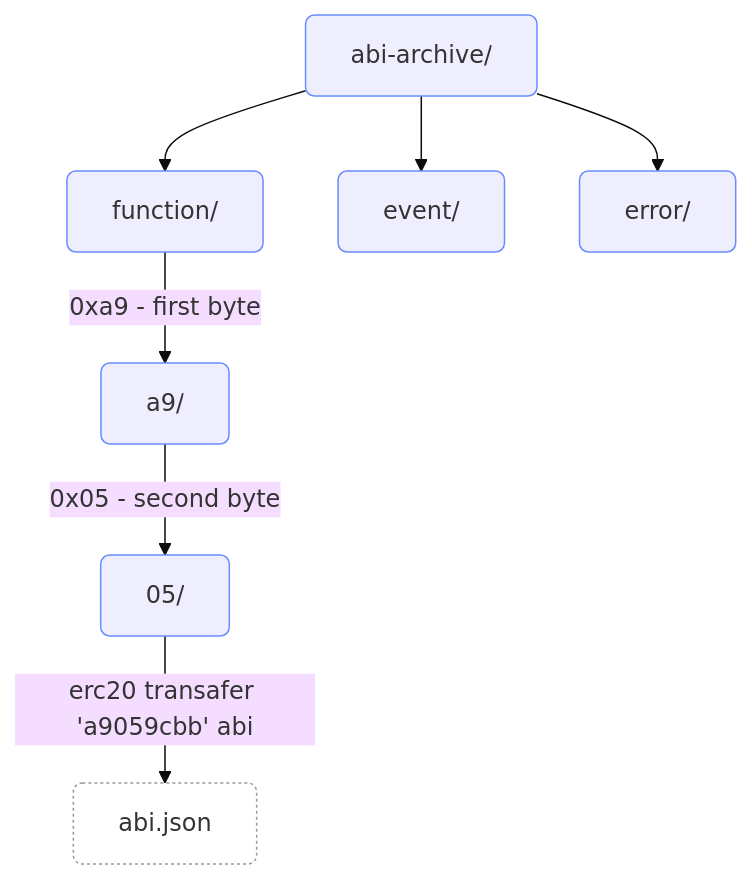
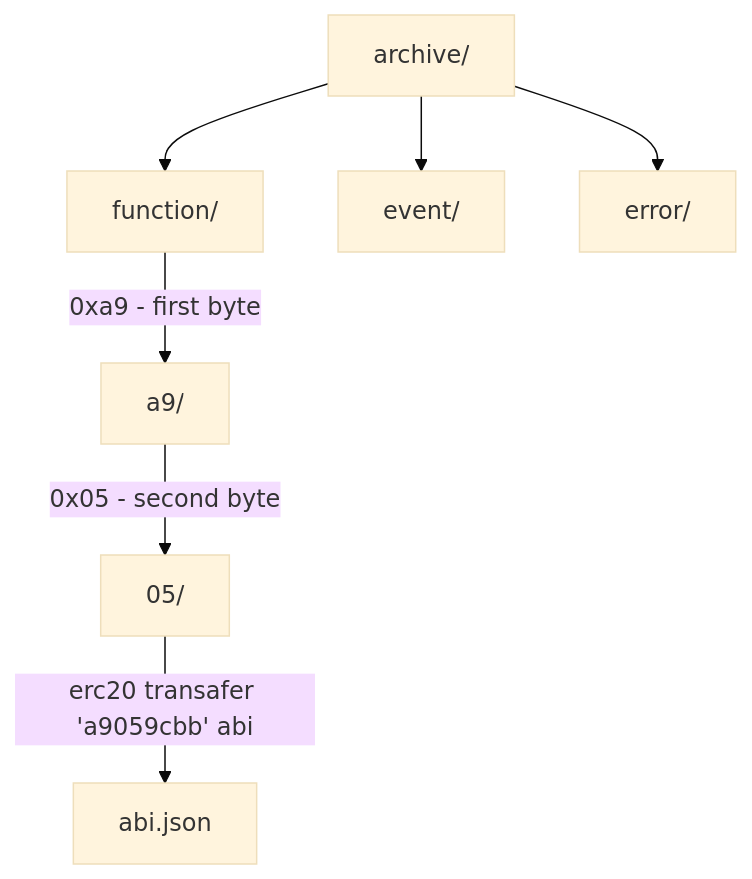
The diagram in README.md (imelon2/abi-archive), drawn with Mermaid (base theme) before and after one commit.

````diff
--- a/README.md
+++ b/README.md
@@ -6,15 +6,13 @@
 ```mermaid
 flowchart TD
-  repo[abi-archive/]:::dir
+  repo[archive/]:::dir
   repo --> FUNC[function/]:::dir
   repo --> EVT[event/]:::dir
   repo --> ERR[error/]:::dir
   
   FUNC -->|0xa9 - first byte| L1[a9/]:::dir
   L1 -->|0x05 - second byte| L2[05/]:::dir
 
   L2 --> |erc20 transafer 'a9059cbb' abi| FILE[abi.json]:::file
 
-  classDef dir fill:#eef,stroke:#6b8cff,stroke-width:1px,rx:6px,ry:6px;
-  classDef file fill:#fff,stroke:#999,stroke-dasharray: 2 2,rx:6px,ry:6px;
 ```
````
